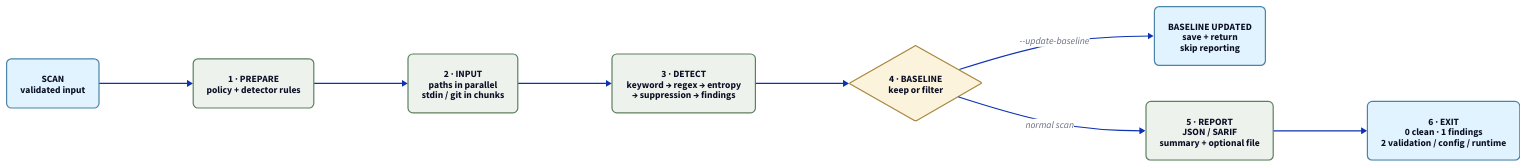
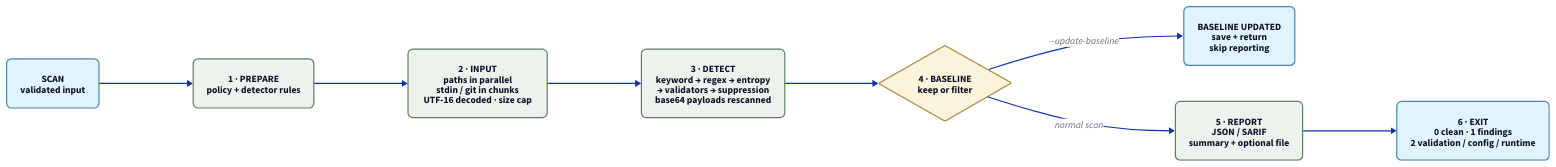
One commit to pixincreate/KeyWatch changed the diagram in docs/architecture/scan-pipeline.d2. Above: the diagram before and after it, drawn with D2. The commit also changed 19 other files, not shown here.

```diff
--- a/docs/architecture/scan-pipeline.d2
+++ b/docs/architecture/scan-pipeline.d2
@@ -1,61 +1,61 @@
 direction: right
 
 classes: {
   boundary: {
     style: {
       fill: "#FBFBFA"
       stroke: "#C8C6C1"
       stroke-width: 2
       border-radius: 10
     }
   }
   action: {
     style: {
       fill: "#EDF3EC"
       stroke: "#5C805F"
       border-radius: 8
     }
   }
   decision: {
     shape: diamond
     style: {
       fill: "#FBF3DB"
       stroke: "#A9873E"
     }
   }
   output: {
     style: {
       fill: "#E1F3FE"
       stroke: "#4A84A8"
       border-radius: 8
     }
   }
   error: {
     style: {
       fill: "#FDEBEC"
       stroke: "#A64B48"
       border-radius: 8
     }
   }
 }
 
 start: "SCAN\nvalidated input" {class: output}
 
 prepare: "1 · PREPARE\npolicy + detector rules" {class: action}
 
-input: "2 · INPUT\npaths in parallel\nstdin / git in chunks" {class: action}
+input: "2 · INPUT\npaths in parallel\nstdin / git in chunks\nUTF-16 decoded · size cap" {class: action}
 
-detect: "3 · DETECT\nkeyword → regex → entropy\n→ suppression → findings" {class: action}
+detect: "3 · DETECT\nkeyword → regex → entropy\n→ validators → suppression\nbase64 payloads rescanned" {class: action}
 
 baseline: "4 · BASELINE\nkeep or filter" {class: decision}
 
 baseline_done: "BASELINE UPDATED\nsave + return\nskip reporting" {class: output}
 
 report: "5 · REPORT\nJSON / SARIF\nsummary + optional file" {class: action}
 
 exit: "6 · EXIT\n0 clean · 1 findings\n2 validation / config / runtime" {class: output}
 
 start -> prepare -> input -> detect -> baseline
 baseline -> baseline_done: --update-baseline
 baseline -> report: normal scan
 report -> exit
```
